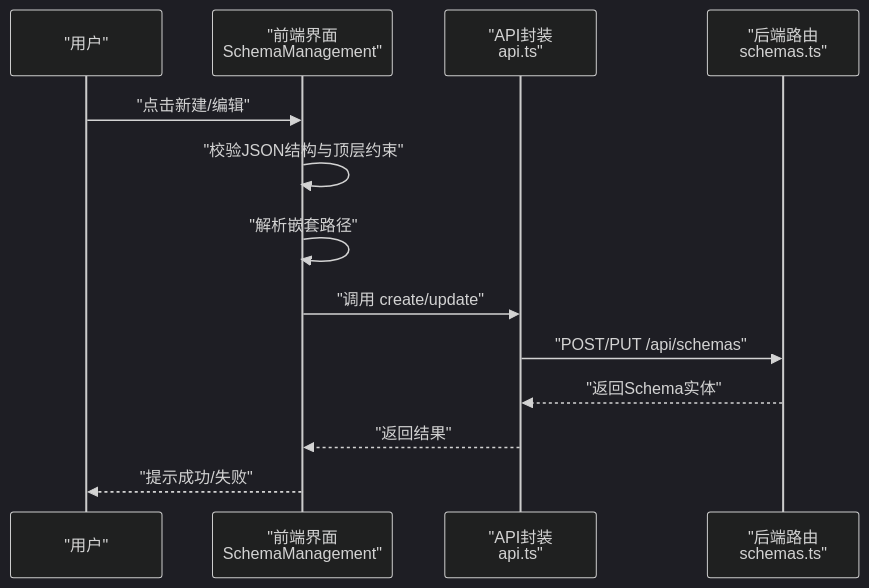
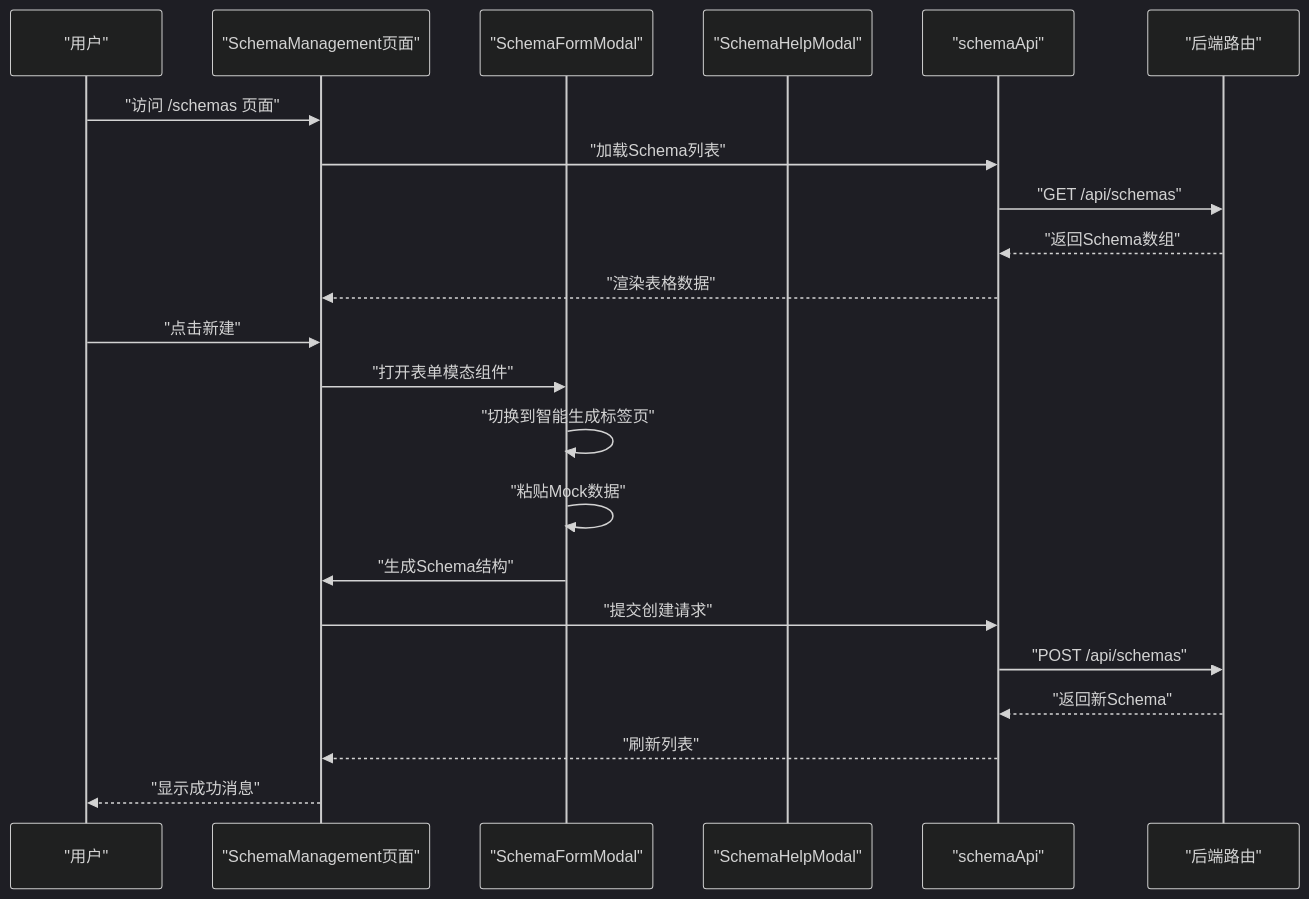
The second of 9 diagrams in .qoder/repowiki/zh/content/设计器前端应用/数据绑定系统/Schema管理.md (joker-yjc/printer), drawn with Mermaid (dark theme) before and after one commit. The commit also changed other lines of this file and 44 other files, not shown here.

````diff
--- a/.qoder/repowiki/zh/content/设计器前端应用/数据绑定系统/Schema管理.md
+++ b/.qoder/repowiki/zh/content/设计器前端应用/数据绑定系统/Schema管理.md
@@ -101,15 +115,24 @@
 ```mermaid
 sequenceDiagram
 participant U as "用户"
-participant FE as "前端界面<br/>SchemaManagement"
-participant API as "API封装<br/>api.ts"
-participant BE as "后端路由<br/>schemas.ts"
-U->>FE : "点击新建/编辑"
-FE->>FE : "校验JSON结构与顶层约束"
-FE->>FE : "解析嵌套路径"
-FE->>API : "调用 create/update"
-API->>BE : "POST/PUT /api/schemas"
-BE-->>API : "返回Schema实体"
-API-->>FE : "返回结果"
-FE-->>U : "提示成功/失败"
+participant SP as "SchemaManagement页面"
+participant SF as "SchemaFormModal"
+participant SH as "SchemaHelpModal"
+participant API as "schemaApi"
+participant BE as "后端路由"
+U->>SP : "访问 /schemas 页面"
+SP->>API : "加载Schema列表"
+API->>BE : "GET /api/schemas"
+BE-->>API : "返回Schema数组"
+API-->>SP : "渲染表格数据"
+U->>SP : "点击新建"
+SP->>SF : "打开表单模态组件"
+SF->>SF : "切换到智能生成标签页"
+SF->>SF : "粘贴Mock数据"
+SF->>SP : "生成Schema结构"
+SP->>API : "提交创建请求"
+API->>BE : "POST /api/schemas"
+BE-->>API : "返回新Schema"
+API-->>SP : "刷新列表"
+SP-->>U : "显示成功消息"
 ```
````
